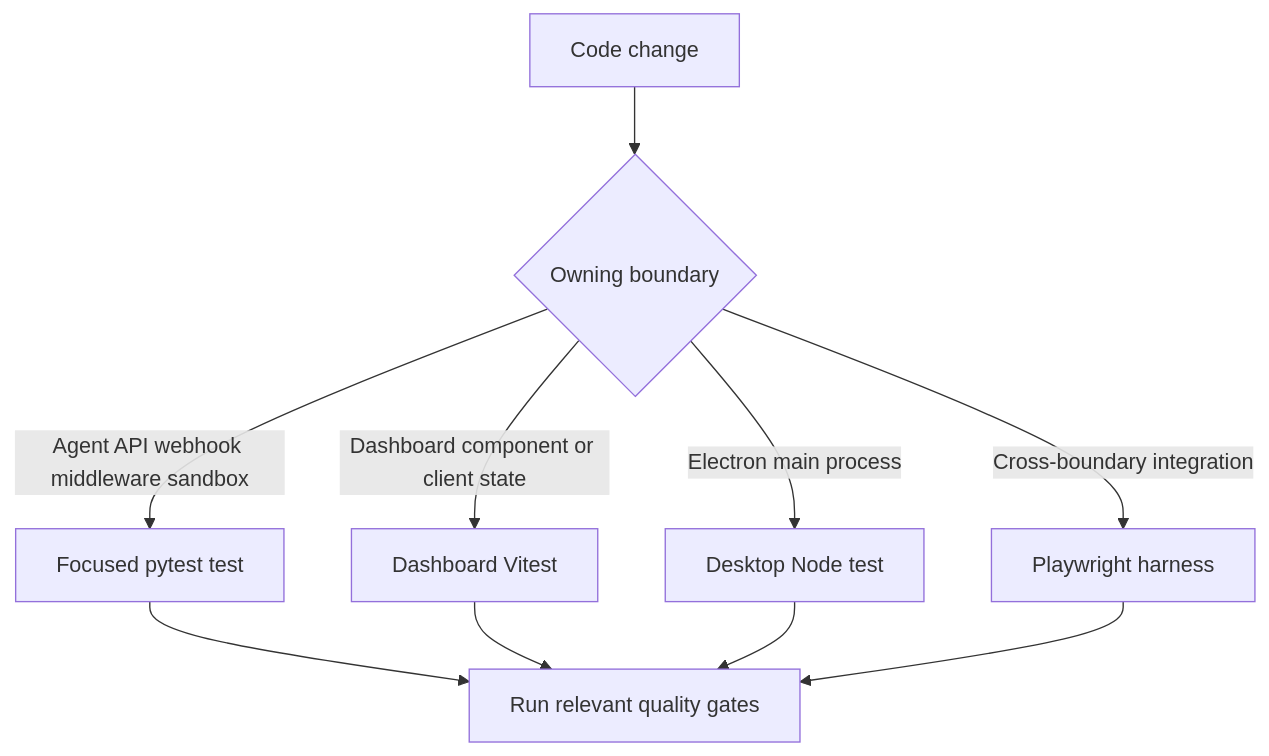
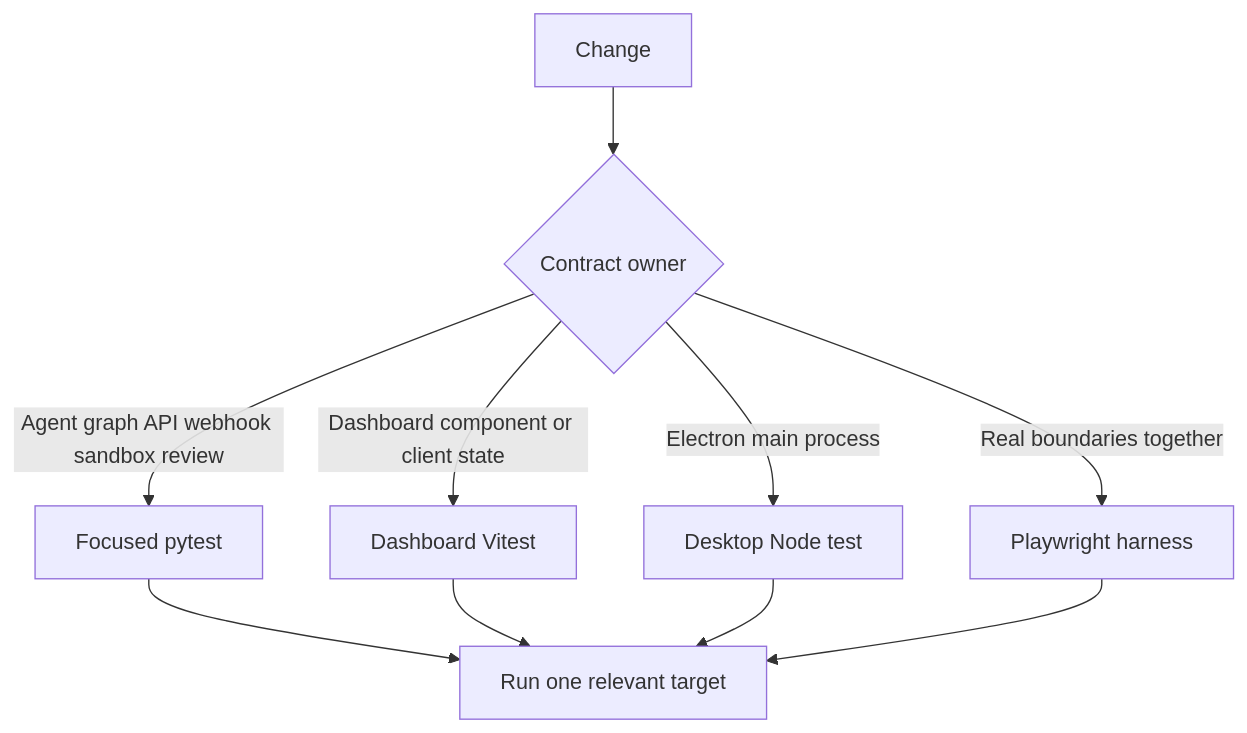
Before and after one commit to langchain-ai/open-swe: the first of 2 diagrams in openwiki/testing/overview.md, drawn with Mermaid. The commit also changed other lines of this file and 52 other files, not shown here.

````diff
--- a/openwiki/testing/overview.md
+++ b/openwiki/testing/overview.md
@@ -83,12 +67,12 @@
 ```mermaid
 flowchart TD
-    Change["Code change"] --> Boundary{"Owning boundary"}
-    Boundary -->|"Agent API webhook middleware sandbox"| Python["Focused pytest test"]
-    Boundary -->|"Dashboard component or client state"| Dashboard["Dashboard Vitest"]
-    Boundary -->|"Electron main process"| Desktop["Desktop Node test"]
-    Boundary -->|"Cross-boundary integration"| E2E["Playwright harness"]
-    Python --> Gates["Run relevant quality gates"]
-    Dashboard --> Gates
-    Desktop --> Gates
-    E2E --> Gates
+    Change["Change"] --> Owner{"Contract owner"}
+    Owner -->|"Agent graph API webhook sandbox review"| Pytest["Focused pytest"]
+    Owner -->|"Dashboard component or client state"| Vitest["Dashboard Vitest"]
+    Owner -->|"Electron main process"| NodeTest["Desktop Node test"]
+    Owner -->|"Real boundaries together"| Playwright["Playwright harness"]
+    Pytest --> Target["Run one relevant target"]
+    Vitest --> Target
+    NodeTest --> Target
+    Playwright --> Target
 ```
````
